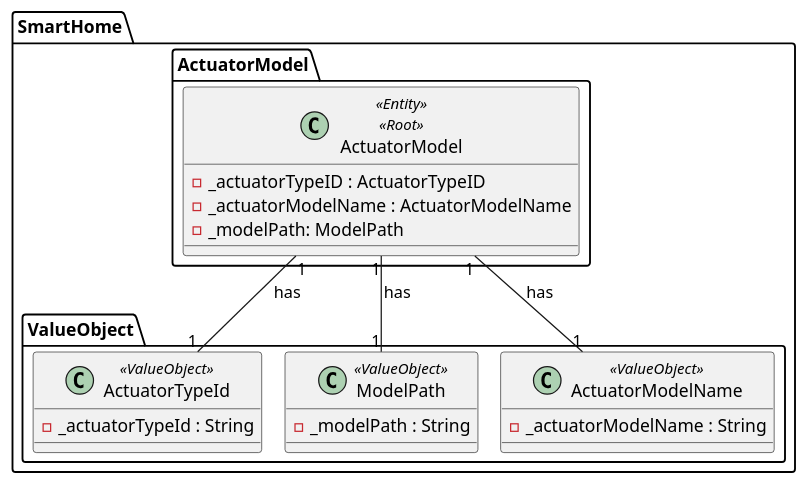
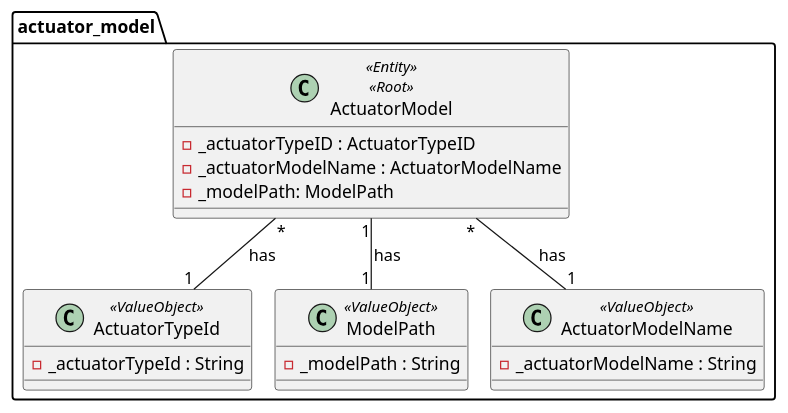
The diagram in docs/ooa/4.agreggateModels/ActuatorModel.puml (olivDiogo/SmartHome), drawn with PlantUML before and after one commit. The commit also changed 11 other files, not shown here.

```diff
--- a/docs/ooa/4.agreggateModels/ActuatorModel.puml
+++ b/docs/ooa/4.agreggateModels/ActuatorModel.puml
@@ -1,32 +1,29 @@
 @startuml
 !pragma layout smetana
 
-package SmartHome.ActuatorModel{
+package actuator_model{
 
     class ActuatorModel <<Entity>> <<Root>>{
     - _actuatorTypeID : ActuatorTypeID
     - _actuatorModelName : ActuatorModelName
     - _modelPath: ModelPath
     }
-}
-
-package SmartHome.ValueObject {
 
      class ActuatorTypeId <<ValueObject>>{
         - _actuatorTypeId : String
      }
 
      class ModelPath <<ValueObject>>{
         - _modelPath : String
      }
      class ActuatorModelName <<ValueObject>>{
         - _actuatorModelName : String
      }
 }
 
-SmartHome.ActuatorModel.ActuatorModel "1" -- "1" SmartHome.ValueObject.ActuatorTypeId : has
-SmartHome.ActuatorModel.ActuatorModel "1" -- "1" SmartHome.ValueObject.ModelPath : has
-SmartHome.ActuatorModel.ActuatorModel "1" -- "1" SmartHome.ValueObject.ActuatorModelName : has
+ActuatorModel "*" -- "1" ActuatorTypeId : has
+ActuatorModel "1" -- "1" ModelPath : has
+ActuatorModel "*" -- "1" ActuatorModelName : has
 
 
 @enduml
```
